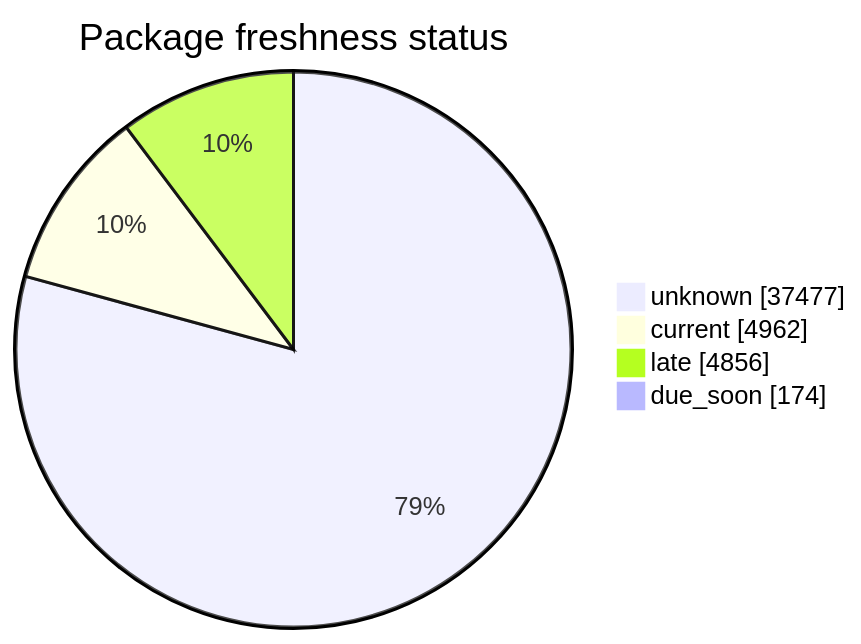
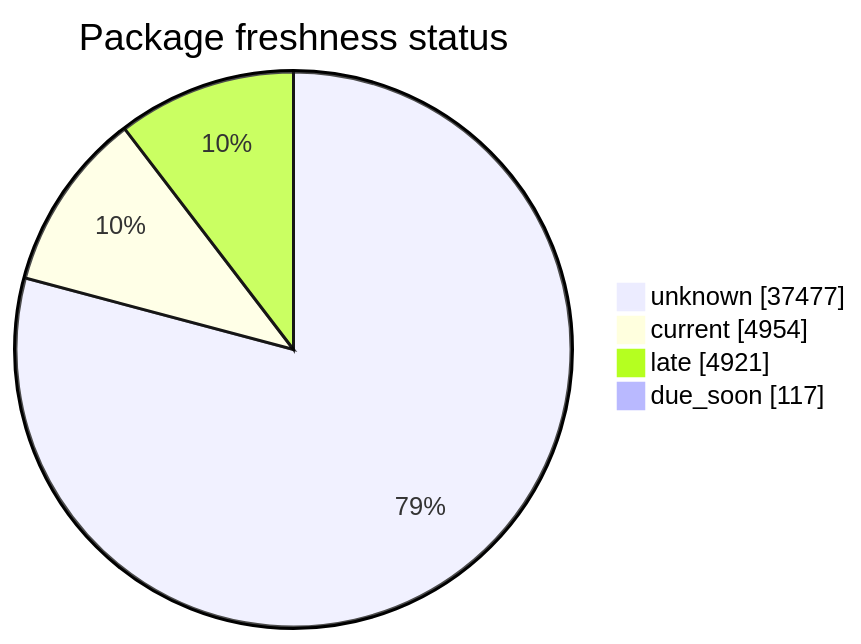
The second of 5 diagrams in FreshCheck/README.md (open-data/analytics-corporate-reporting), drawn with Mermaid before and after one commit. The commit also changed other lines of this file and 3 other files, not shown here.

````diff
--- a/FreshCheck/README.md
+++ b/FreshCheck/README.md
@@ -69,7 +69,7 @@
 ```mermaid
 pie showData title Package freshness status
     "unknown": 37477
-    "current": 4962
-    "late": 4856
-    "due_soon": 174
+    "current": 4954
+    "late": 4921
+    "due_soon": 117
 ```
````
